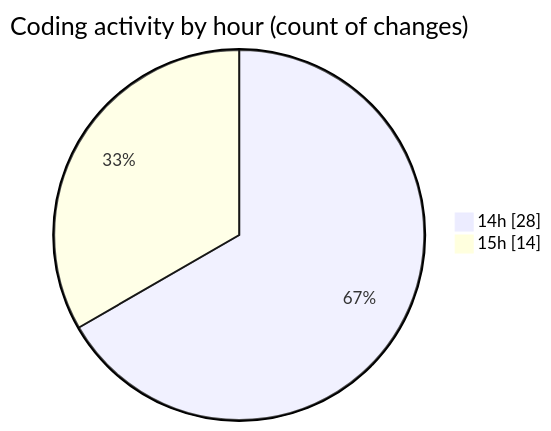
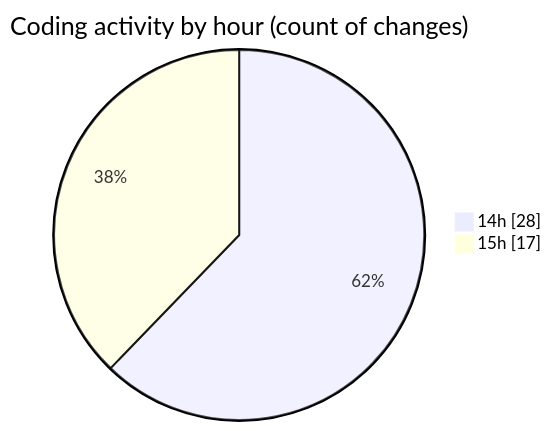
One commit to robertbonfada/code-tracking changed the second of 2 diagrams in 2025-03-01/termonied_testador/README.md. Above: the diagram before and after it, drawn with Mermaid. The commit also changed other lines of this file and 1 other file, not shown here.

````diff
--- a/2025-03-01/termonied_testador/README.md
+++ b/2025-03-01/termonied_testador/README.md
@@ -37,6 +37,6 @@
 ```mermaid
 pie showData
 title Coding activity by hour (count of changes)
 "14h" : 28
-"15h" : 14
+"15h" : 17
 ```
````
